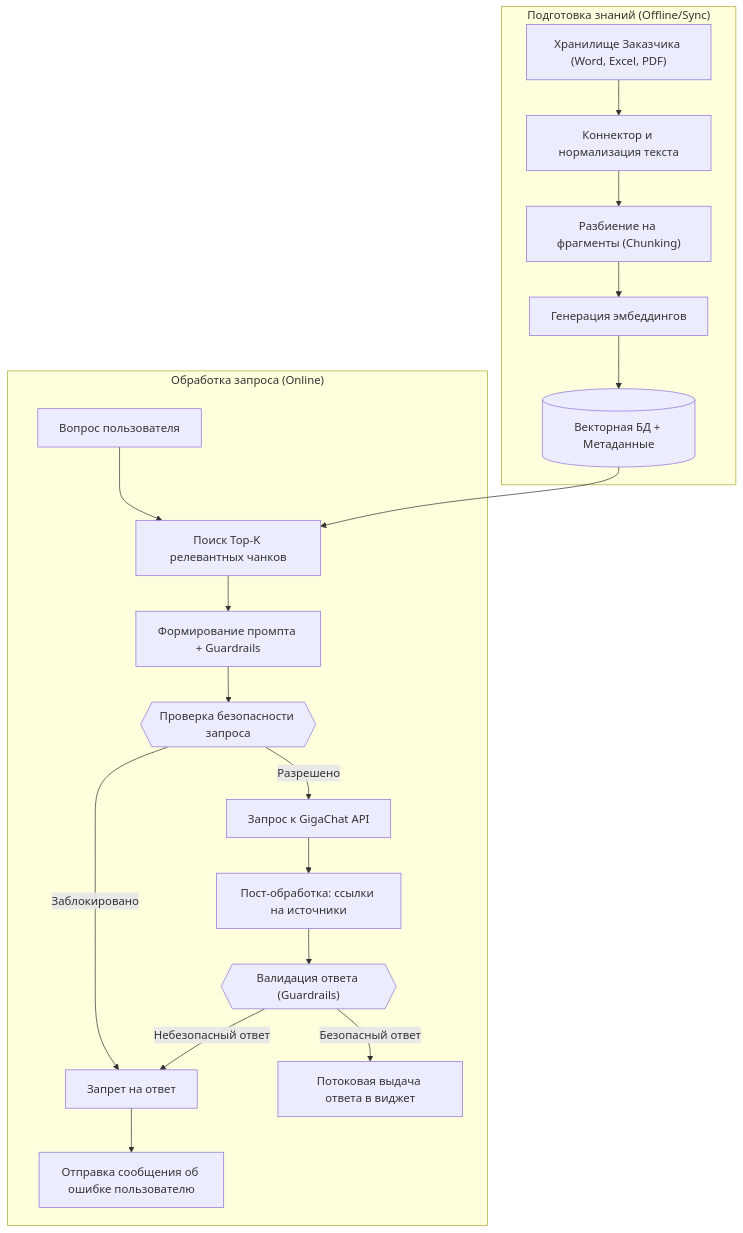
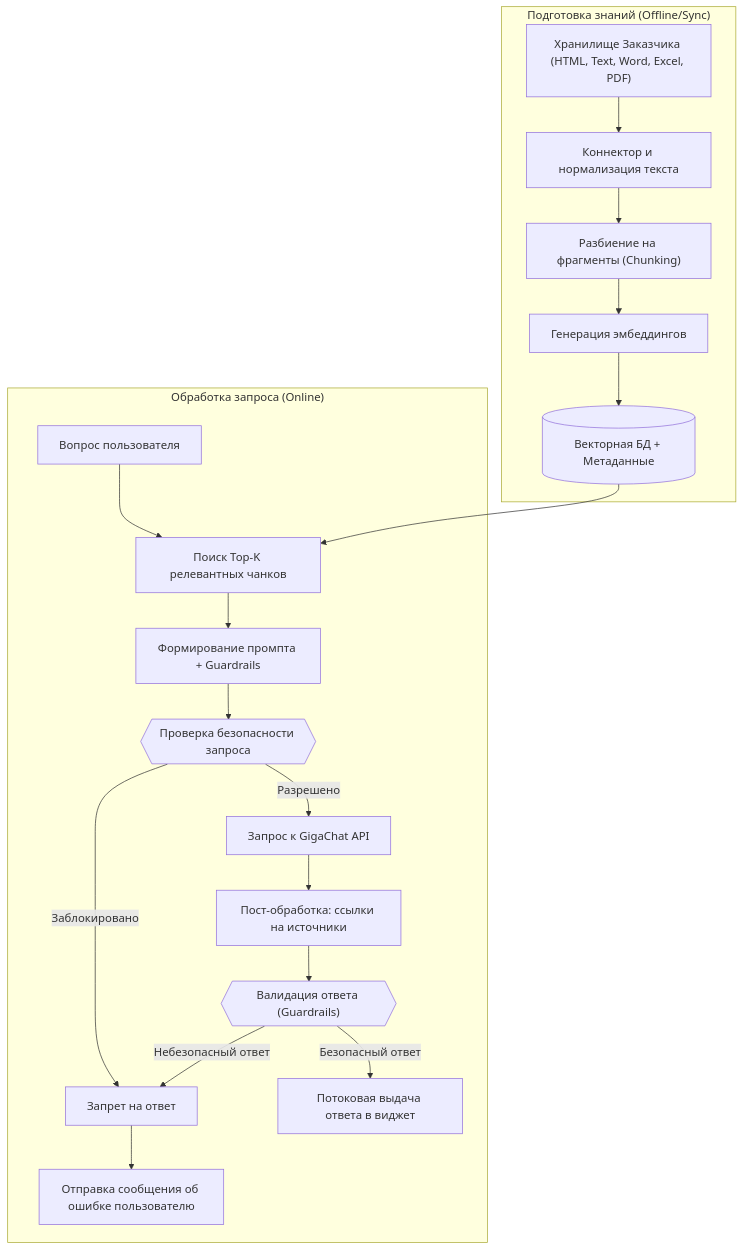
The third of 3 diagrams in docs/01_architecture_specification.md (xen/vchat), drawn with Mermaid before and after one commit. The commit also changed other lines of this file and 8 other files, not shown here.

````diff
--- a/docs/01_architecture_specification.md
+++ b/docs/01_architecture_specification.md
@@ -65,23 +101,23 @@
 ```mermaid
 graph TD
   subgraph "Подготовка знаний (Offline/Sync)"
-  A["Хранилище Заказчика (Word, Excel, PDF)"] --> B["Коннектор и нормализация текста"]
+  A["Хранилище Заказчика (HTML, Text, Word, Excel, PDF)"] --> B["Коннектор и нормализация текста"]
   B --> C["Разбиение на фрагменты (Chunking)"]
   C --> D["Генерация эмбеддингов"]
   D --> E[("Векторная БД + Метаданные")]
   end
 
   subgraph "Обработка запроса (Online)"
   F["Вопрос пользователя"] --> G["Поиск Top-K релевантных чанков"]
   E --> G
   G --> H["Формирование промпта + Guardrails"]
   H --> I{{"Проверка безопасности запроса"}}
   I -->|Заблокировано| L["Запрет на ответ"]
   I -->|Разрешено| J["Запрос к GigaChat API"]
   J --> K["Пост-обработка: ссылки на источники"]
   K --> M{{"Валидация ответа (Guardrails)"}}
   M -->|Небезопасный ответ| L
   M -->|Безопасный ответ| N["Потоковая выдача ответа в виджет"]
   L --> O["Отправка сообщения об ошибке пользователю"]
   end
 ```
````
